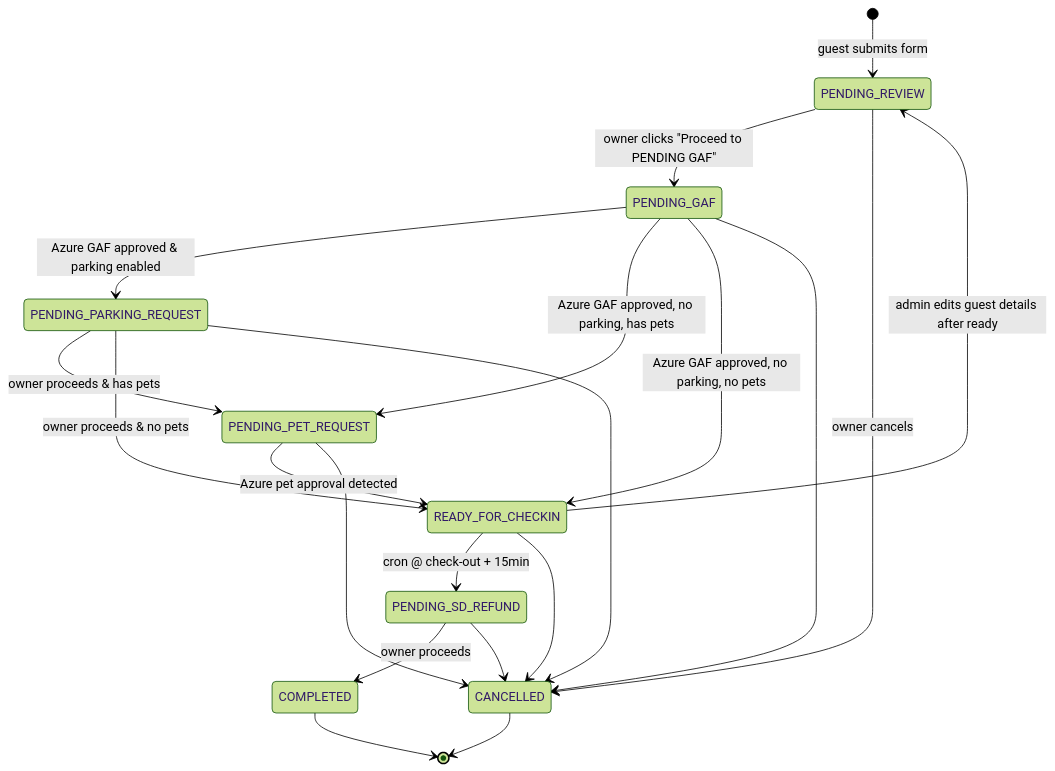
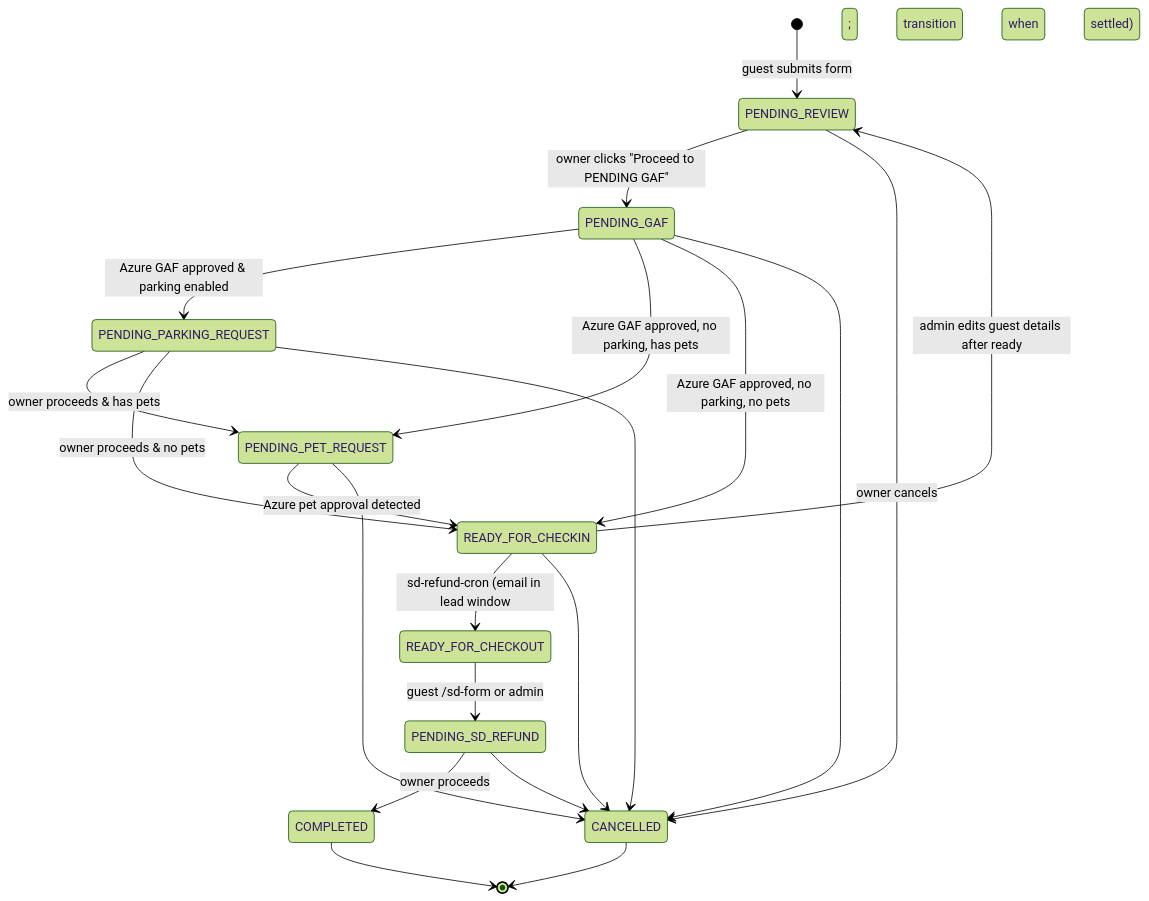
Before and after one commit to sprmke/guest-form-management: the diagram in docs/NEW_FLOW_PLAN.md, drawn with Mermaid (forest theme). The commit also changed other lines of this file and 5 other files, not shown here.

````diff
--- a/docs/NEW_FLOW_PLAN.md
+++ b/docs/NEW_FLOW_PLAN.md
@@ -37,29 +37,31 @@
 ```mermaid
 stateDiagram-v2
   [*] --> PENDING_REVIEW: guest submits form
 
   PENDING_REVIEW --> PENDING_GAF: owner clicks "Proceed to PENDING GAF"
   PENDING_REVIEW --> CANCELLED: owner cancels
 
   PENDING_GAF --> PENDING_PARKING_REQUEST: Azure GAF approved & parking enabled
   PENDING_GAF --> PENDING_PET_REQUEST: Azure GAF approved, no parking, has pets
   PENDING_GAF --> READY_FOR_CHECKIN: Azure GAF approved, no parking, no pets
   PENDING_GAF --> CANCELLED
 
   PENDING_PARKING_REQUEST --> PENDING_PET_REQUEST: owner proceeds & has pets
   PENDING_PARKING_REQUEST --> READY_FOR_CHECKIN: owner proceeds & no pets
   PENDING_PARKING_REQUEST --> CANCELLED
 
   PENDING_PET_REQUEST --> READY_FOR_CHECKIN: Azure pet approval detected
   PENDING_PET_REQUEST --> CANCELLED
 
-  READY_FOR_CHECKIN --> PENDING_SD_REFUND: cron @ check-out + 15min
+  READY_FOR_CHECKIN --> READY_FOR_CHECKOUT: sd-refund-cron (email in lead window; transition when settled)
   READY_FOR_CHECKIN --> PENDING_REVIEW: admin edits guest details after ready
   READY_FOR_CHECKIN --> CANCELLED
+
+  READY_FOR_CHECKOUT --> PENDING_SD_REFUND: guest /sd-form or admin
 
   PENDING_SD_REFUND --> COMPLETED: owner proceeds
   PENDING_SD_REFUND --> CANCELLED
 
   COMPLETED --> [*]
   CANCELLED --> [*]
 ```
````
